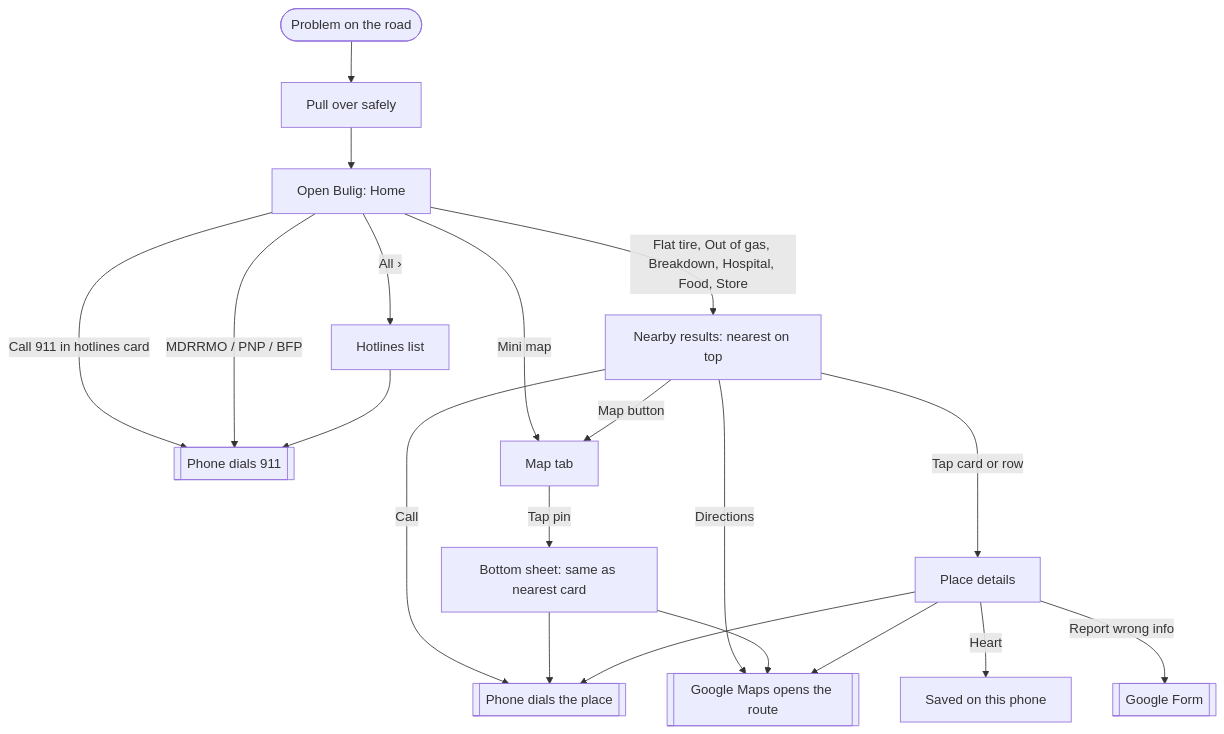
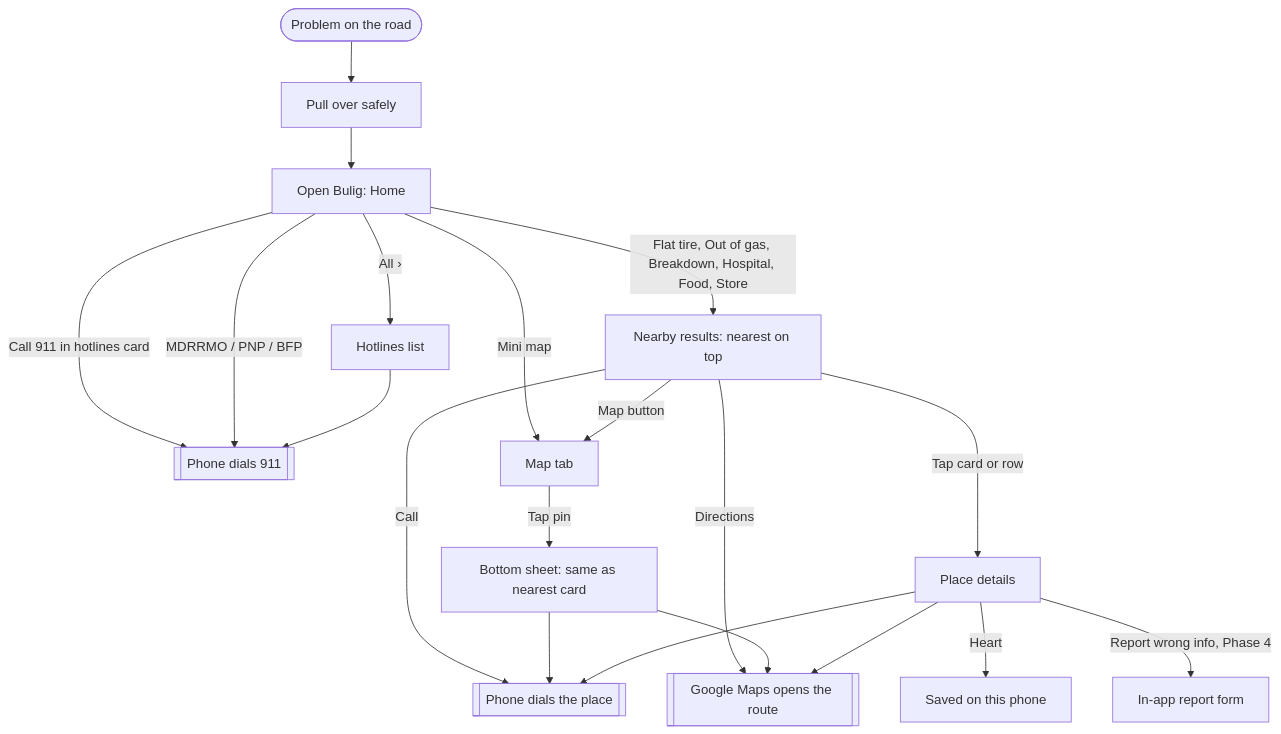
The diagram in docs/UI-UX.md (gitpushfrances/bulig), drawn with Mermaid before and after one commit. The commit also changed other lines of this file and 4 other files, not shown here.

Commit message:
docs: drop the Google Form; Report wrong info moves in-app (Phase 4) (#28)

````diff
--- a/docs/UI-UX.md
+++ b/docs/UI-UX.md
@@ -78,20 +78,20 @@
 ```mermaid
 flowchart TD
   A([Problem on the road]) --> B[Pull over safely]
   B --> C[Open Bulig: Home]
   C -->|Call 911 in hotlines card| X[[Phone dials 911]]
   C -->|MDRRMO / PNP / BFP| X
   C -->|All ›| H[Hotlines list] --> X
   C -->|Flat tire, Out of gas, Breakdown, Hospital, Food, Store| N[Nearby results: nearest on top]
   C -->|Mini map| M[Map tab]
   N -->|Call| Y[[Phone dials the place]]
   N -->|Directions| G[[Google Maps opens the route]]
   N -->|Map button| M
   N -->|Tap card or row| P[Place details]
   M -->|Tap pin| S[Bottom sheet: same as nearest card] --> Y
   S --> G
   P --> Y
   P --> G
   P -->|Heart| V[Saved on this phone]
-  P -->|Report wrong info| F[[Google Form]]
+  P -->|Report wrong info, Phase 4| F[In-app report form]
 ```
````
